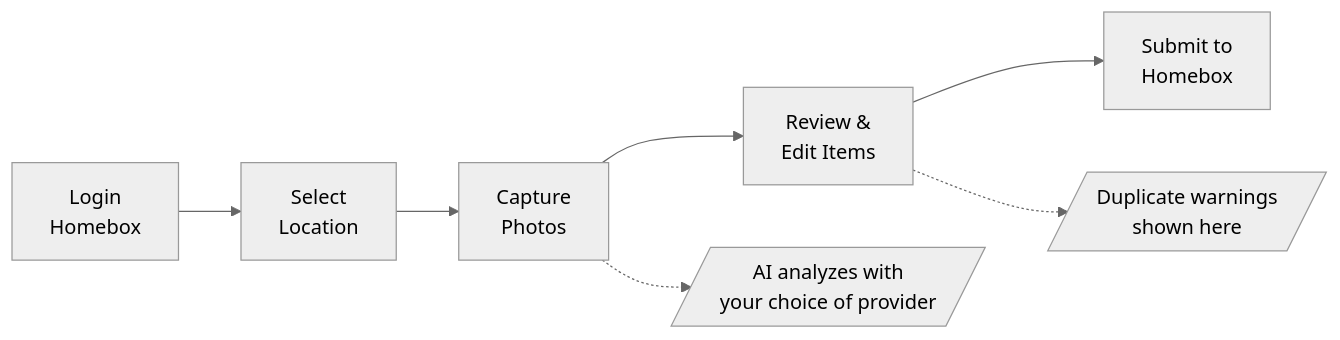
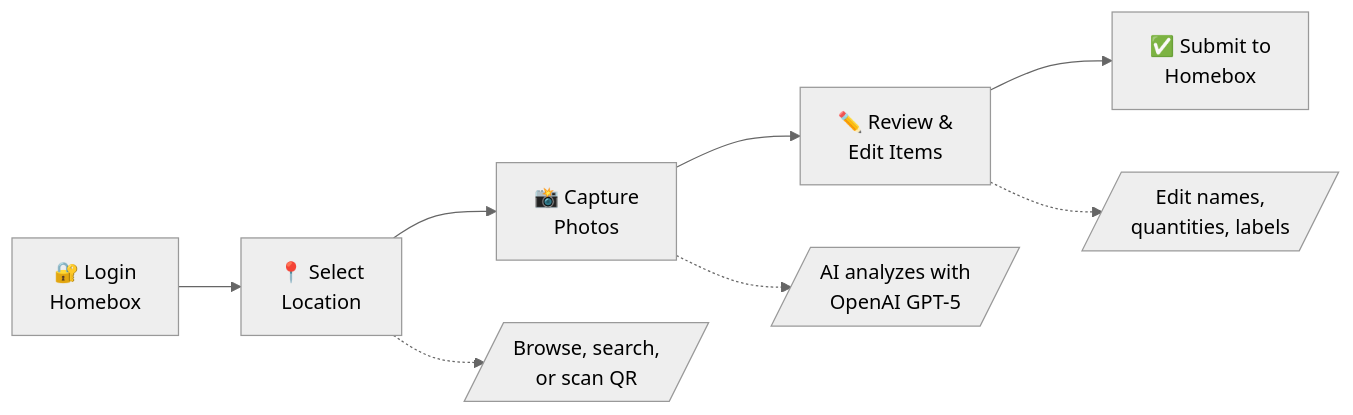
The diagram in README.md (Duelion/homebox-companion), drawn with Mermaid (neutral theme) before and after one commit. The commit also changed other lines of this file and 115 other files, not shown here.

````diff
--- a/README.md
+++ b/README.md
@@ -121,10 +34,12 @@
 ```mermaid
 flowchart LR
-    A[Login<br/>Homebox] --> B[Select<br/>Location]
-    B --> C[Capture<br/>Photos]
-    C --> D[Review &<br/>Edit Items]
-    D --> E[Submit to<br/>Homebox]
-
-    C -.-> C1[/AI analyzes with<br/>your choice of provider/]
-    D -.-> D1[/Duplicate warnings<br/>shown here/]
+    A[🔐 Login<br/>Homebox] --> B[📍 Select<br/>Location]
+    B --> C[📸 Capture<br/>Photos]
+    C --> D[✏️ Review &<br/>Edit Items]
+    D --> E[✅ Submit to<br/>Homebox]
+    
+    B -.-> B1[/Browse, search,<br/>or scan QR/]
+    C -.-> C1[/AI analyzes with<br/>OpenAI GPT-5/]
+    D -.-> D1[/Edit names,<br/>quantities, labels/]
+    
 ```
````
